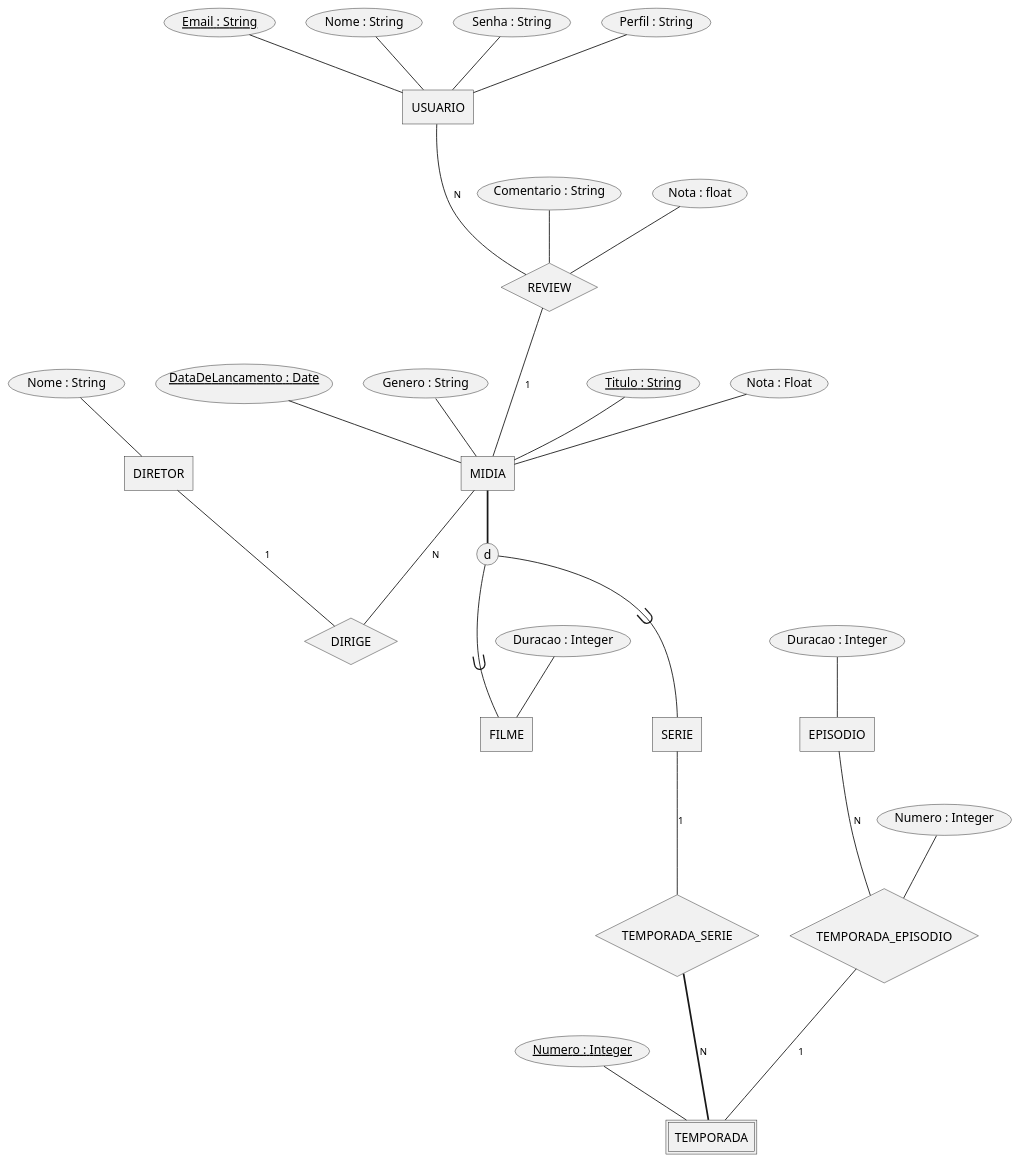
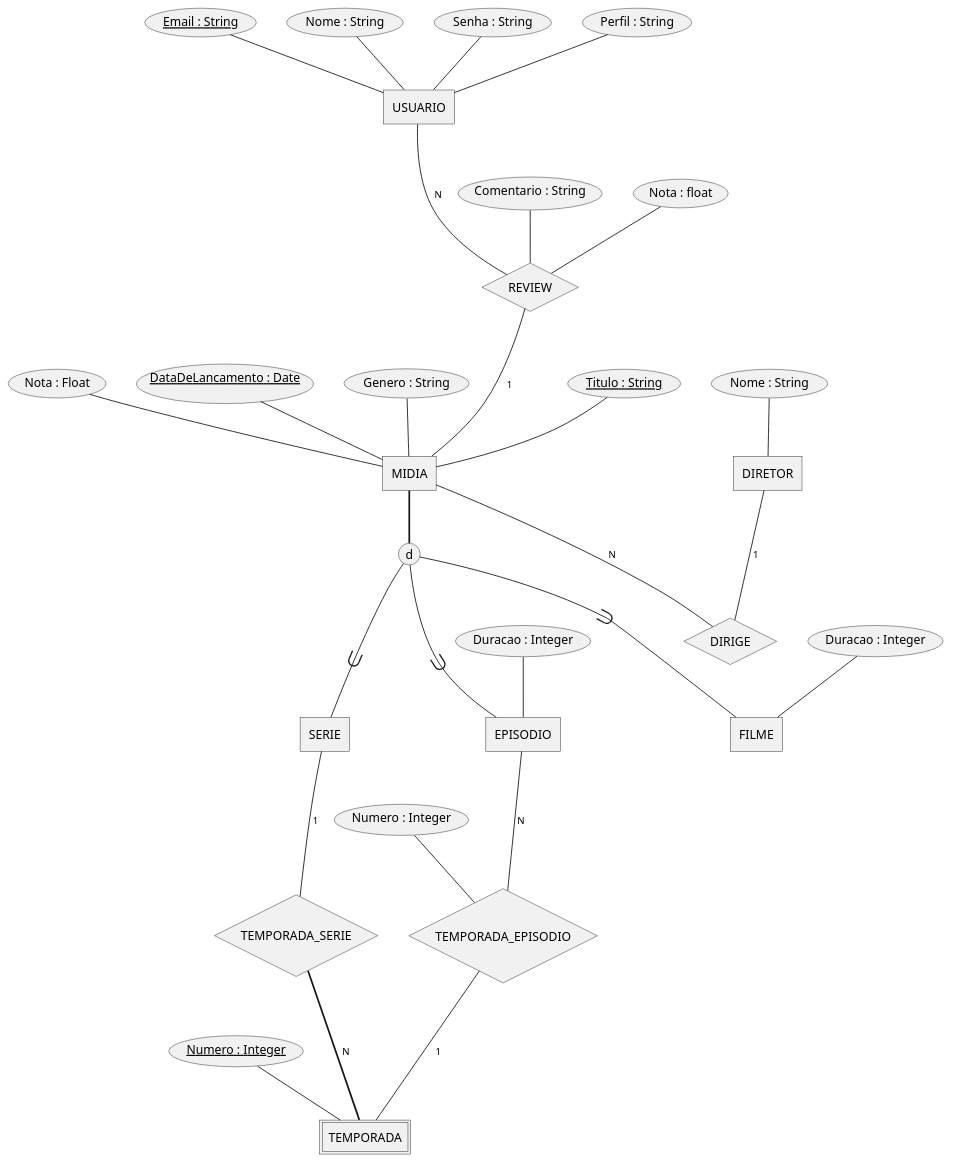
Before and after one commit to rogerpcto/DevWebAvancado-UFF: the diagram in ER.plantuml, drawn with PlantUML.

Commit message:
Correção ER

```diff
--- a/ER.plantuml
+++ b/ER.plantuml
@@ -1,65 +1,63 @@
 @startchen
 
 entity USUARIO{
   Email : String <<key>>
   Nome : String
   Senha : String
   Perfil : String
 }
 
 entity MIDIA{
   Titulo : String <<key>>
   Nota : Float
   DataDeLancamento : Date <<key>>
   Genero : String
 }
 
 entity FILME{
   Duracao : Integer
 }
 
 entity TEMPORADA <<weak>>{
   Numero : Integer <<key>>
 }
 
 entity EPISODIO{
   Duracao : Integer
 }
 
 entity DIRETOR{
   Nome : String
 }
 
 relationship TEMPORADA_SERIE{
 }
 
 relationship TEMPORADA_EPISODIO{
   Numero : Integer
 }
 
 relationship DIRIGE{
 }
 
 relationship REVIEW{
   Comentario : String
   Nota : float
 }
 
 entity SERIE{
 }
 
-
-MIDIA =>= d {FILME, SERIE}
+MIDIA =>= d {FILME, SERIE, EPISODIO}
 
 EPISODIO -N- TEMPORADA_EPISODIO
 TEMPORADA_EPISODIO -1- TEMPORADA
 SERIE-1- TEMPORADA_SERIE
 TEMPORADA_SERIE =N= TEMPORADA
 MIDIA -N- DIRIGE
 DIRETOR -1- DIRIGE
 
-
 USUARIO -N- REVIEW
 REVIEW -1- MIDIA
 
 @endchen
```
